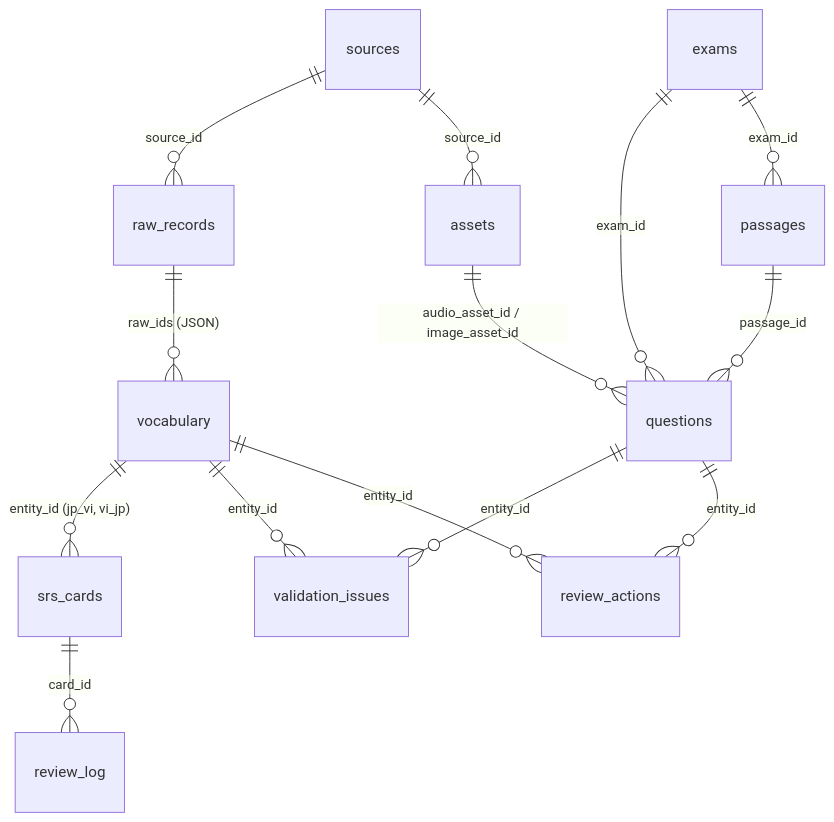
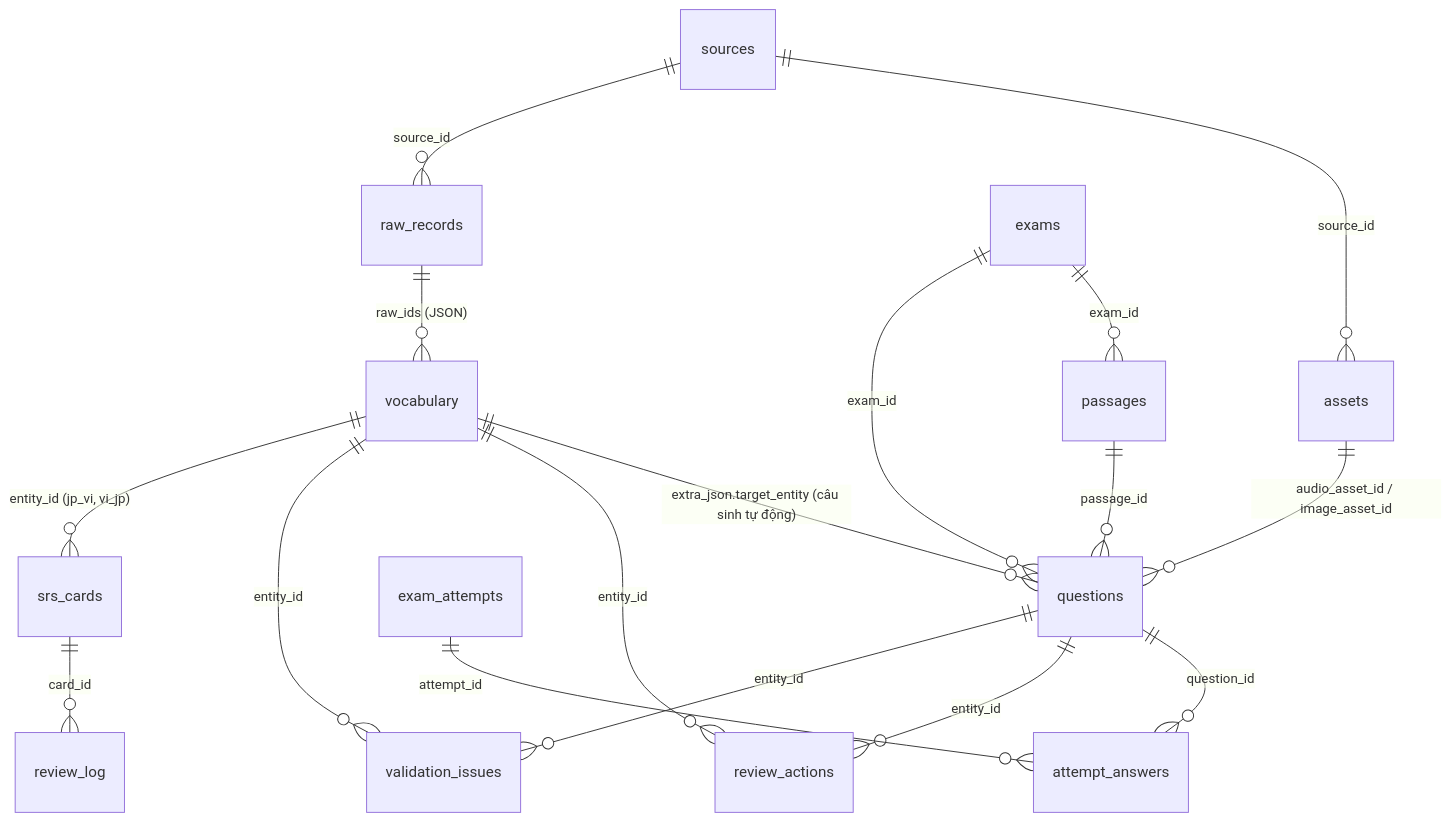
Before and after one commit to Vulong112200/Japanese: the second of 4 diagrams in docs/ARCHITECTURE.md, drawn with Mermaid. The commit also changed other lines of this file and 22 other files, not shown here.

First line of the commit message:
Mock Exam Engine, ngân hàng câu từ vựng sinh bằng luật, rà soát ngữ pháp vòng 2

````diff
--- a/docs/ARCHITECTURE.md
+++ b/docs/ARCHITECTURE.md
@@ -39,16 +39,19 @@
 ```mermaid
 erDiagram
   sources ||--o{ raw_records : "source_id"
   sources ||--o{ assets : "source_id"
   raw_records ||--o{ vocabulary : "raw_ids (JSON)"
   vocabulary ||--o{ srs_cards : "entity_id (jp_vi, vi_jp)"
   srs_cards ||--o{ review_log : "card_id"
   exams ||--o{ questions : "exam_id"
   exams ||--o{ passages : "exam_id"
   passages ||--o{ questions : "passage_id"
   assets ||--o{ questions : "audio_asset_id / image_asset_id"
   vocabulary ||--o{ validation_issues : "entity_id"
   questions ||--o{ validation_issues : "entity_id"
   vocabulary ||--o{ review_actions : "entity_id"
   questions ||--o{ review_actions : "entity_id"
+  exam_attempts ||--o{ attempt_answers : "attempt_id"
+  questions ||--o{ attempt_answers : "question_id"
+  vocabulary ||--o{ questions : "extra_json.target_entity (câu sinh tự động)"
 ```
````
